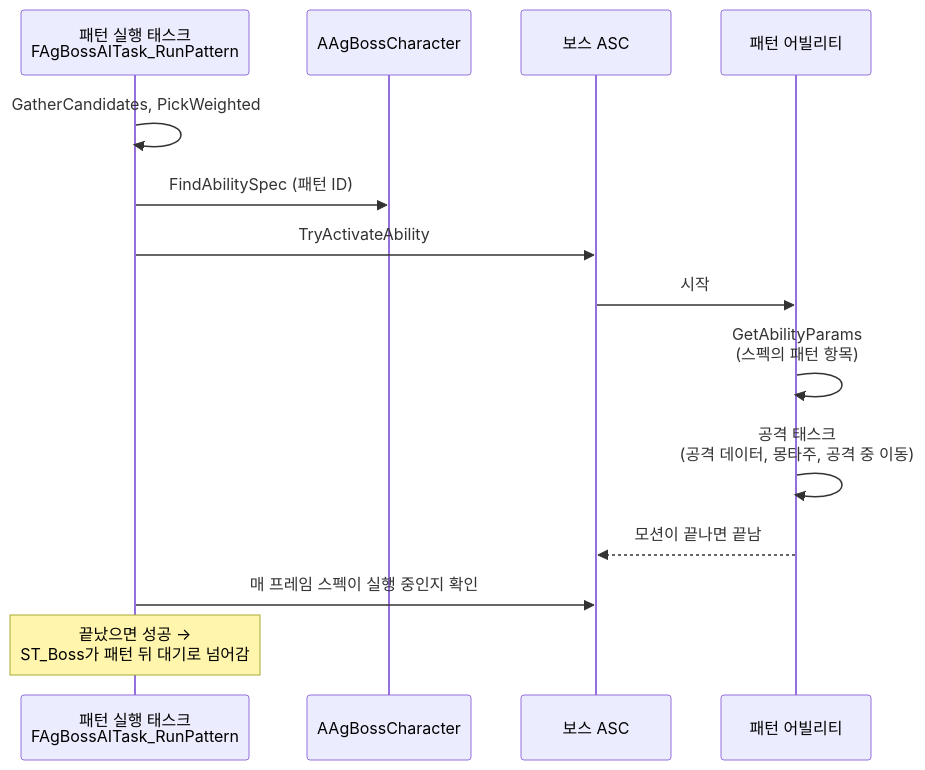
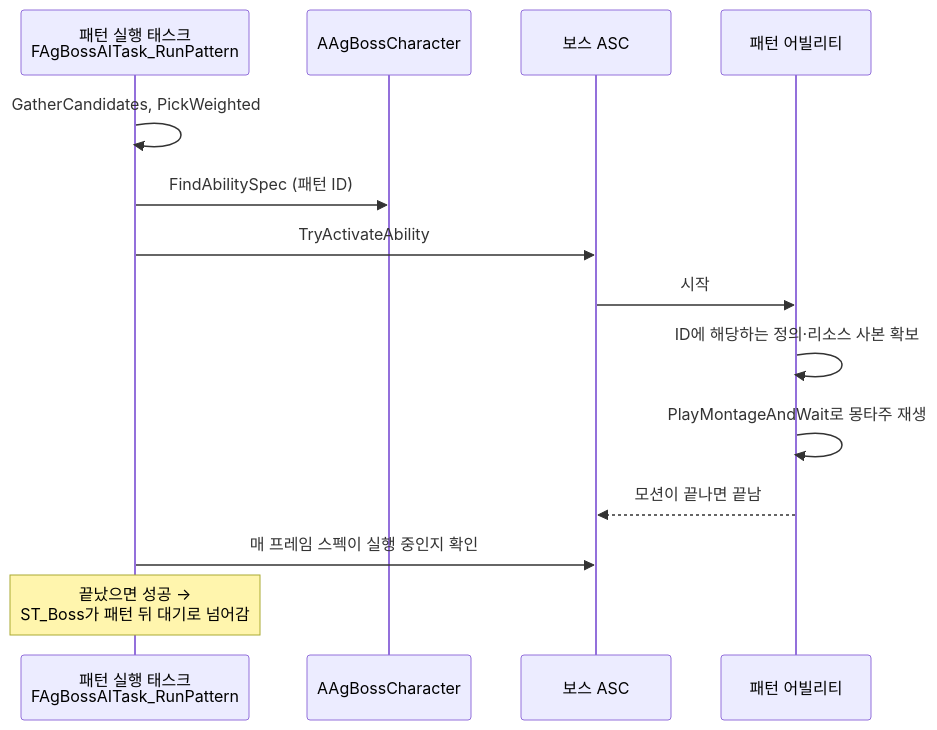
Before and after one commit to Woogl/Ag: the third of 3 diagrams in Docs/Program/보스.md, drawn with Mermaid. The commit also changed other lines of this file and 241 other files, not shown here.

````diff
--- a/Docs/Program/보스.md
+++ b/Docs/Program/보스.md
@@ -134,16 +100,16 @@
 ```mermaid
 sequenceDiagram
     participant T as 패턴 실행 태스크<br>FAgBossAITask_RunPattern
     participant B as AAgBossCharacter
     participant ASC as 보스 ASC
     participant GA as 패턴 어빌리티
     T->>T: GatherCandidates, PickWeighted
     T->>B: FindAbilitySpec (패턴 ID)
     T->>ASC: TryActivateAbility
     ASC->>GA: 시작
-    GA->>GA: GetAbilityParams<br>(스펙의 패턴 항목)
-    GA->>GA: 공격 태스크<br>(공격 데이터, 몽타주, 공격 중 이동)
+    GA->>GA: ID에 해당하는 정의·리소스 사본 확보
+    GA->>GA: PlayMontageAndWait로 몽타주 재생
     GA-->>ASC: 모션이 끝나면 끝남
     T->>ASC: 매 프레임 스펙이 실행 중인지 확인
     Note over T: 끝났으면 성공 →<br>ST_Boss가 패턴 뒤 대기로 넘어감
 ```
````
